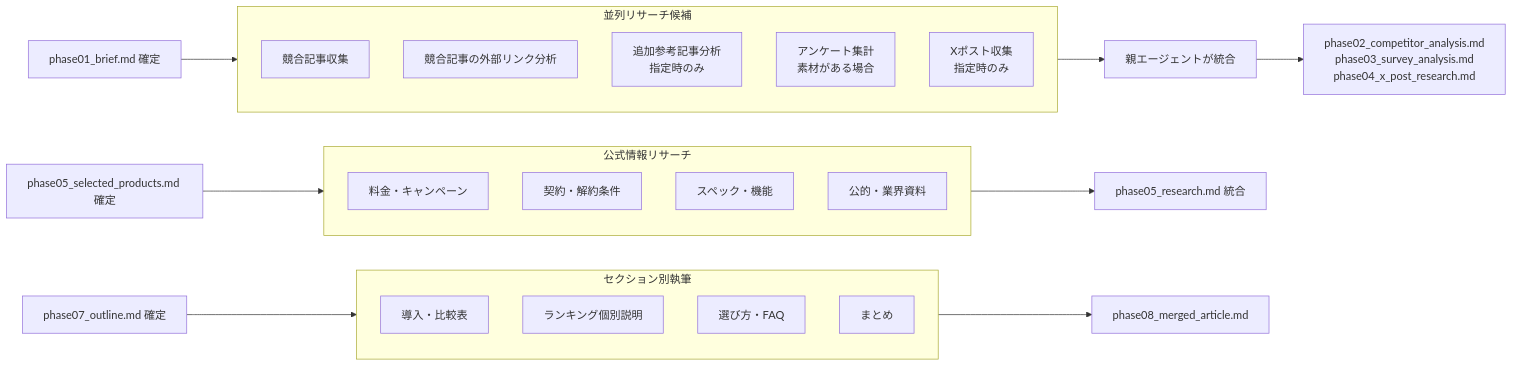
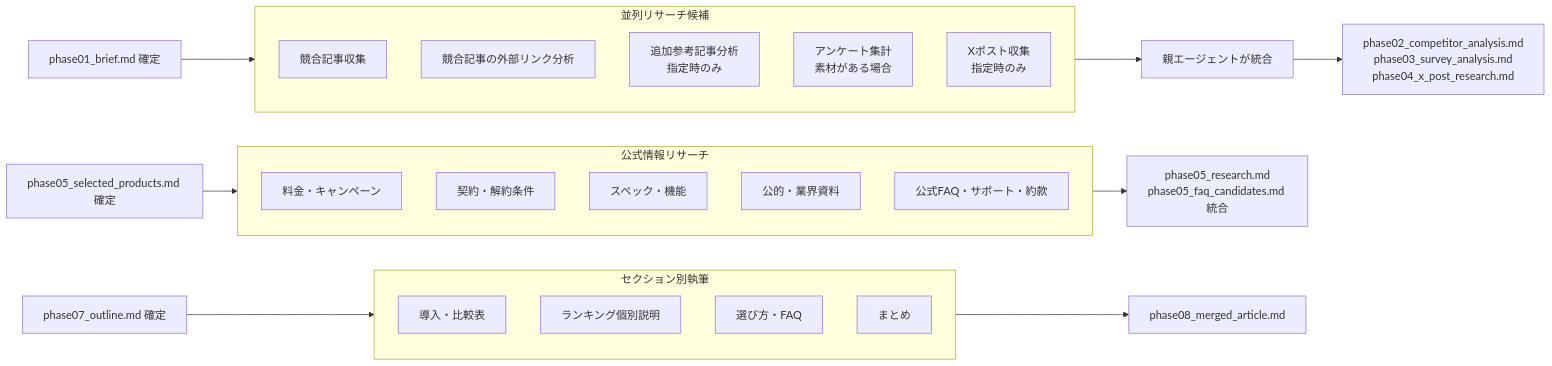
One commit to dentaku777/codex-agent-article-v1 changed the second of 3 diagrams in docs/article_workflow.md. Above: the diagram before and after it, drawn with Mermaid. The commit also changed other lines of this file and 16 other files, not shown here.

````diff
--- a/docs/article_workflow.md
+++ b/docs/article_workflow.md
@@ -73,31 +74,32 @@
 ```mermaid
 flowchart LR
   B[phase01_brief.md 確定] --> P1
   subgraph P1[並列リサーチ候補]
     R1[競合記事収集]
     R2[競合記事の外部リンク分析]
     R3[追加参考記事分析<br/>指定時のみ]
     R4[アンケート集計<br/>素材がある場合]
     R5[Xポスト収集<br/>指定時のみ]
   end
   P1 --> G1[親エージェントが統合]
   G1 --> C[phase02_competitor_analysis.md<br/>phase03_survey_analysis.md<br/>phase04_x_post_research.md]
 
   S[phase05_selected_products.md 確定] --> P2
   subgraph P2[公式情報リサーチ]
     O1[料金・キャンペーン]
     O2[契約・解約条件]
     O3[スペック・機能]
     O4[公的・業界資料]
+    O5[公式FAQ・サポート・約款]
   end
-  P2 --> G2[phase05_research.md 統合]
+  P2 --> G2[phase05_research.md<br/>phase05_faq_candidates.md 統合]
 
   I[phase07_outline.md 確定] --> P3
   subgraph P3[セクション別執筆]
     D1[導入・比較表]
     D2[ランキング個別説明]
     D3[選び方・FAQ]
     D4[まとめ]
   end
   P3 --> M[phase08_merged_article.md]
 ```
````
